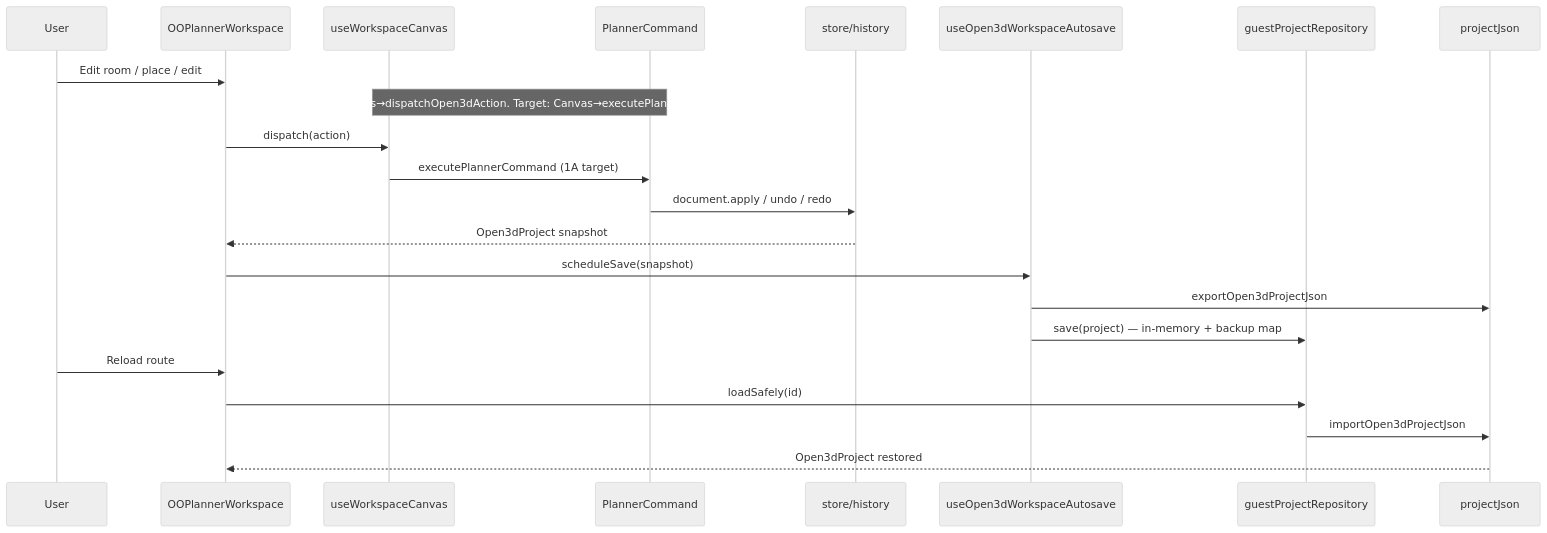
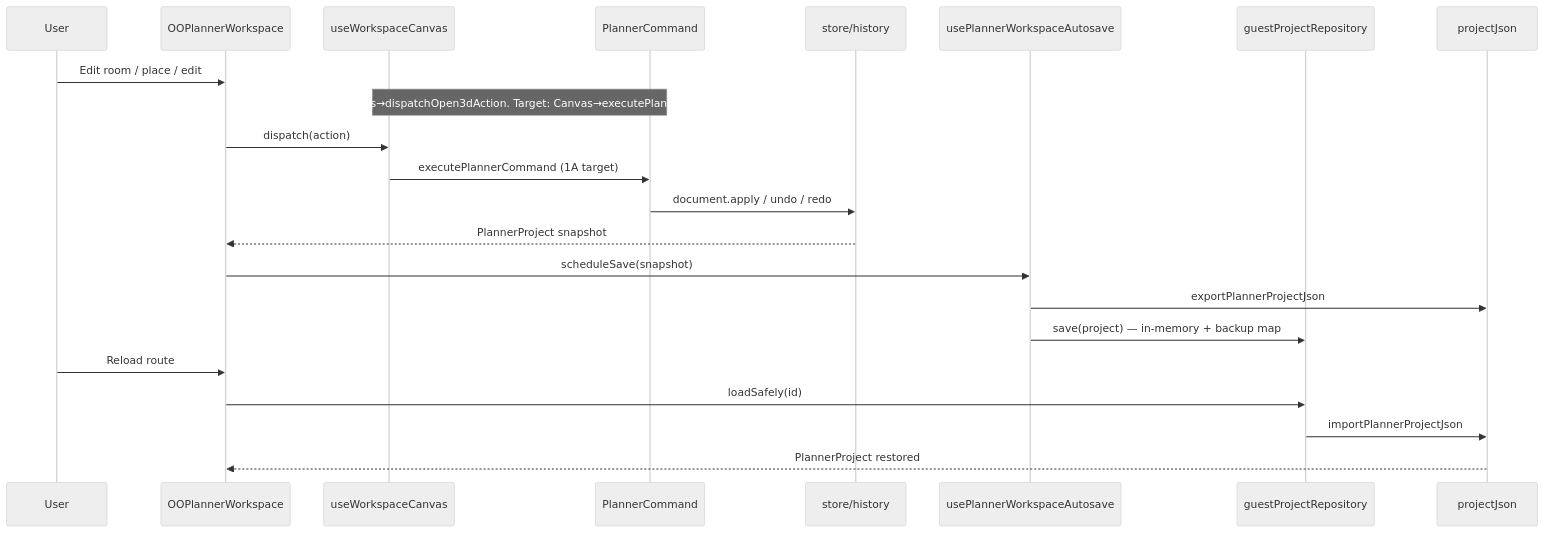
One commit to mayoite/12072026 changed the fifth of 10 diagrams in docs/architecture/05-DATA_FLOW.md. Above: the diagram before and after it, drawn with Mermaid (neutral theme). The commit also changed other lines of this file and 392 other files, not shown here.

````diff
--- a/docs/architecture/05-DATA_FLOW.md
+++ b/docs/architecture/05-DATA_FLOW.md
@@ -230,25 +230,25 @@
 ```mermaid
 sequenceDiagram
     participant User
     participant Workspace as OOPlannerWorkspace
     participant Canvas as useWorkspaceCanvas
     participant Commands as PlannerCommand
     participant History as store/history
-    participant Autosave as useOpen3dWorkspaceAutosave
+    participant Autosave as usePlannerWorkspaceAutosave
     participant Repo as guestProjectRepository
     participant JSON as projectJson
 
     User->>Workspace: Edit room / place / edit
   Note over Canvas,Commands: Today: Canvas→dispatchOpen3dAction. Target: Canvas→executePlannerCommand
     Workspace->>Canvas: dispatch(action)
     Canvas->>Commands: executePlannerCommand (1A target)
     Commands->>History: document.apply / undo / redo
-    History-->>Workspace: Open3dProject snapshot
+    History-->>Workspace: PlannerProject snapshot
     Workspace->>Autosave: scheduleSave(snapshot)
-    Autosave->>JSON: exportOpen3dProjectJson
+    Autosave->>JSON: exportPlannerProjectJson
     Autosave->>Repo: save(project) — in-memory + backup map
     User->>Workspace: Reload route
     Workspace->>Repo: loadSafely(id)
-    Repo->>JSON: importOpen3dProjectJson
-    JSON-->>Workspace: Open3dProject restored
+    Repo->>JSON: importPlannerProjectJson
+    JSON-->>Workspace: PlannerProject restored
 ```
````
